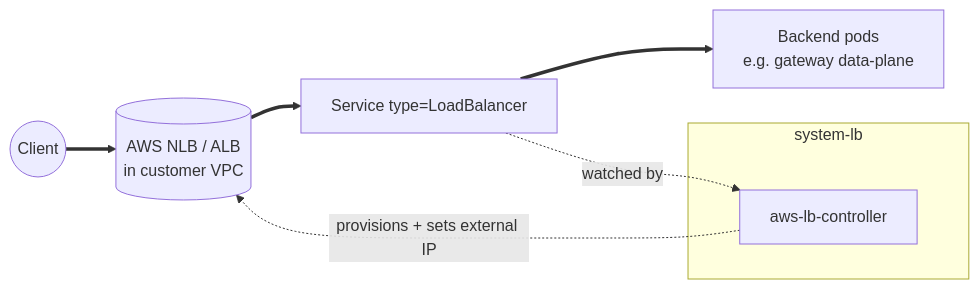
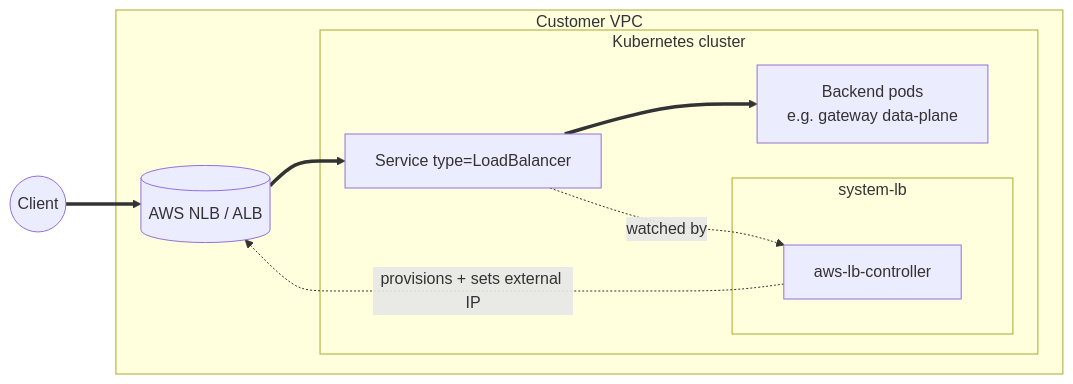
The first of 3 diagrams in kustomize/lb/README.md (windsorcli/core), drawn with Mermaid before and after one commit. The commit also changed other lines of this file and 9 other files, not shown here.

````diff
--- a/kustomize/lb/README.md
+++ b/kustomize/lb/README.md
@@ -43,16 +46,21 @@
 ```mermaid
 flowchart LR
   client((Client))
 
-  subgraph systemlb[system-lb]
-    ctrl[aws-lb-controller]
+  subgraph vpc[Customer VPC]
+    awslb[(AWS NLB / ALB)]
+
+    subgraph cluster[Kubernetes cluster]
+      subgraph systemlb[system-lb]
+        ctrl[aws-lb-controller]
+      end
+
+      svc[Service type=LoadBalancer]
+      pods[Backend pods<br/>e.g. gateway data-plane]
+    end
   end
-
-  svc[Service type=LoadBalancer]
-  awslb[(AWS NLB / ALB<br/>in customer VPC)]
-  pods[Backend pods<br/>e.g. gateway data-plane]
 
   client ==> awslb ==> svc ==> pods
   svc -. watched by .-> ctrl
   ctrl -. provisions + sets external IP .-> awslb
 ```
````
